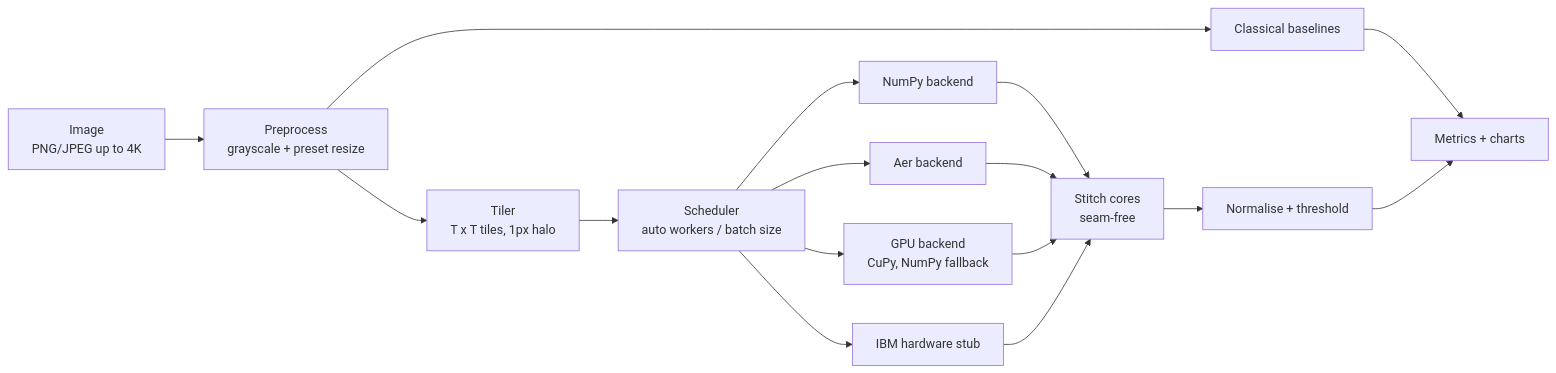
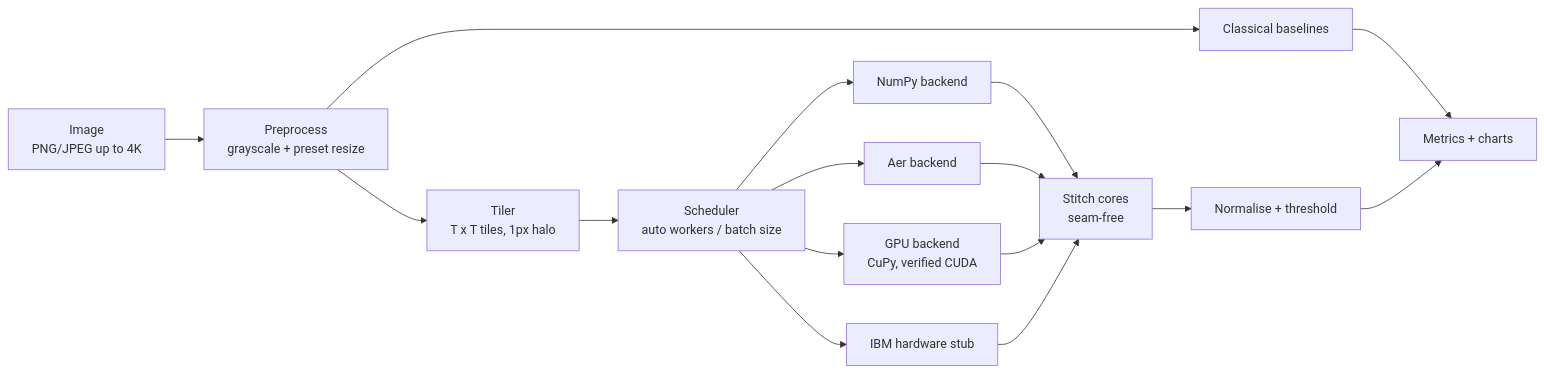
The diagram in README.md (krrishmahar/Q-Edge), drawn with Mermaid before and after one commit. The commit also changed other lines of this file and 15 other files, not shown here.

First line of the commit message:
feat(gpu): enable verified CUDA backend

````diff
--- a/README.md
+++ b/README.md
@@ -65,14 +75,14 @@
 ```mermaid
 flowchart LR
   A[Image<br/>PNG/JPEG up to 4K] --> B[Preprocess<br/>grayscale + preset resize]
   B --> C[Tiler<br/>T x T tiles, 1px halo]
   C --> D[Scheduler<br/>auto workers / batch size]
   D --> E1[NumPy backend]
   D --> E2[Aer backend]
-  D --> E3[GPU backend<br/>CuPy, NumPy fallback]
+  D --> E3[GPU backend<br/>CuPy, verified CUDA]
   D --> E4[IBM hardware stub]
   E1 & E2 & E3 & E4 --> F[Stitch cores<br/>seam-free]
   F --> G[Normalise + threshold]
   B --> H[Classical baselines] --> I[Metrics + charts]
   G --> I
 ```
````
